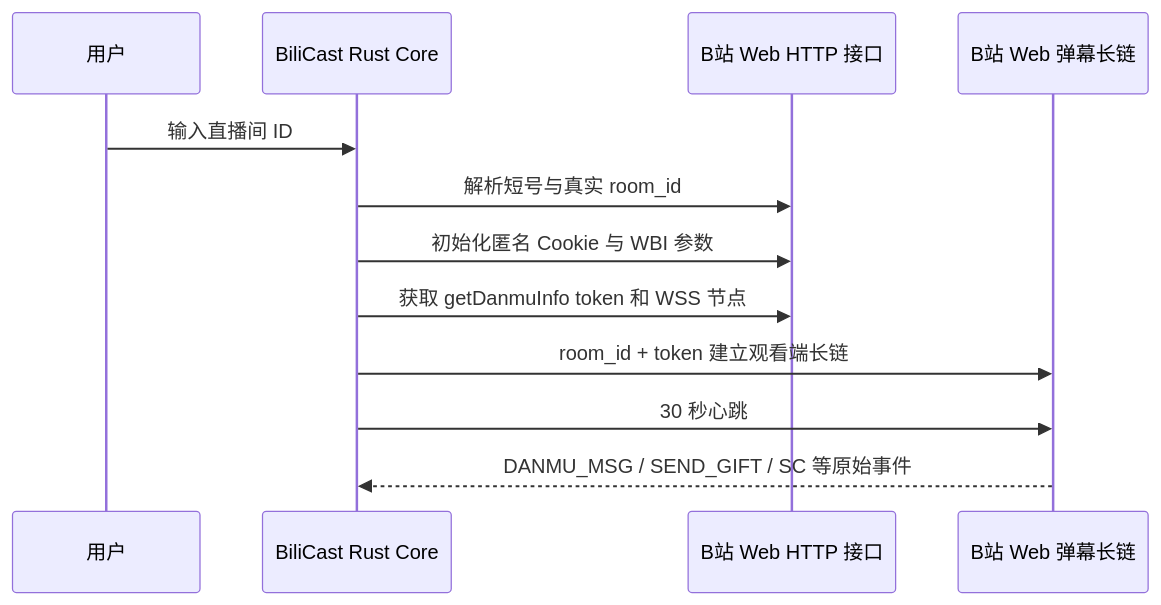
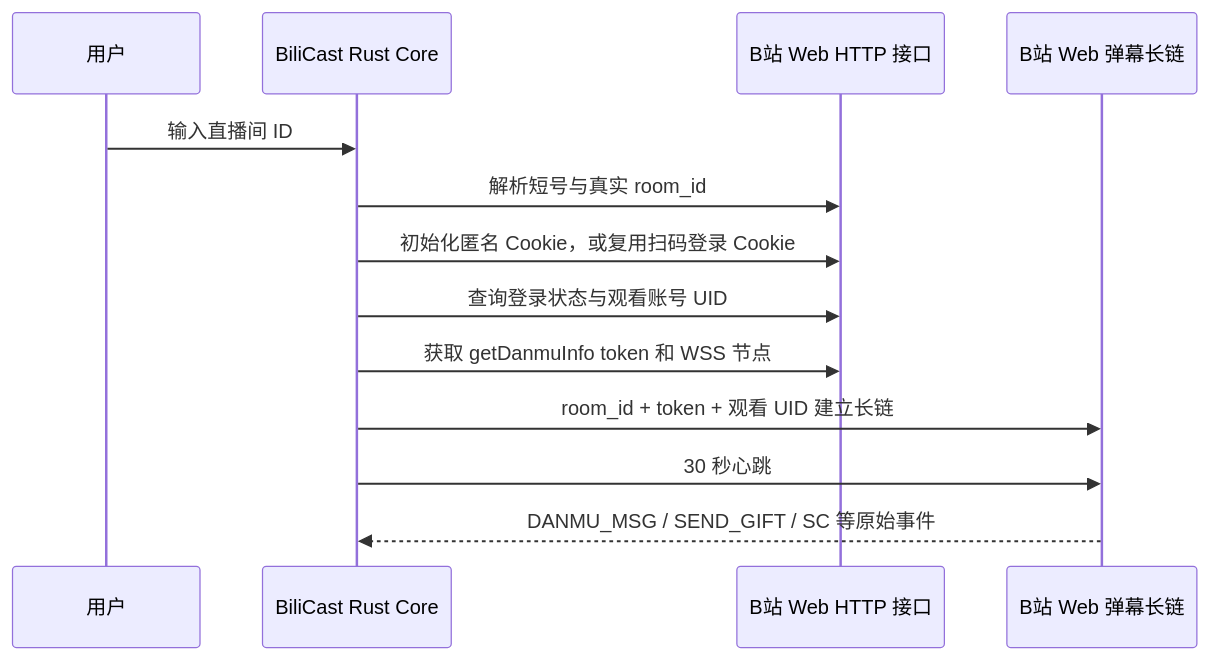
The second of 2 diagrams in docs/live-connection-technical-report.md (WJZ-P/BiliMaku), drawn with Mermaid before and after one commit. The commit also changed other lines of this file and 1 other file, not shown here.

````diff
--- a/docs/live-connection-technical-report.md
+++ b/docs/live-connection-technical-report.md
@@ -59,15 +60,16 @@
 ```mermaid
 sequenceDiagram
     participant U as 用户
     participant B as BiliCast Rust Core
     participant H as B站 Web HTTP 接口
     participant W as B站 Web 弹幕长链
 
     U->>B: 输入直播间 ID
     B->>H: 解析短号与真实 room_id
-    B->>H: 初始化匿名 Cookie 与 WBI 参数
+    B->>H: 初始化匿名 Cookie，或复用扫码登录 Cookie
+    B->>H: 查询登录状态与观看账号 UID
     B->>H: 获取 getDanmuInfo token 和 WSS 节点
-    B->>W: room_id + token 建立观看端长链
+    B->>W: room_id + token + 观看 UID 建立长链
     B->>W: 30 秒心跳
     W-->>B: DANMU_MSG / SEND_GIFT / SC 等原始事件
 ```
````
